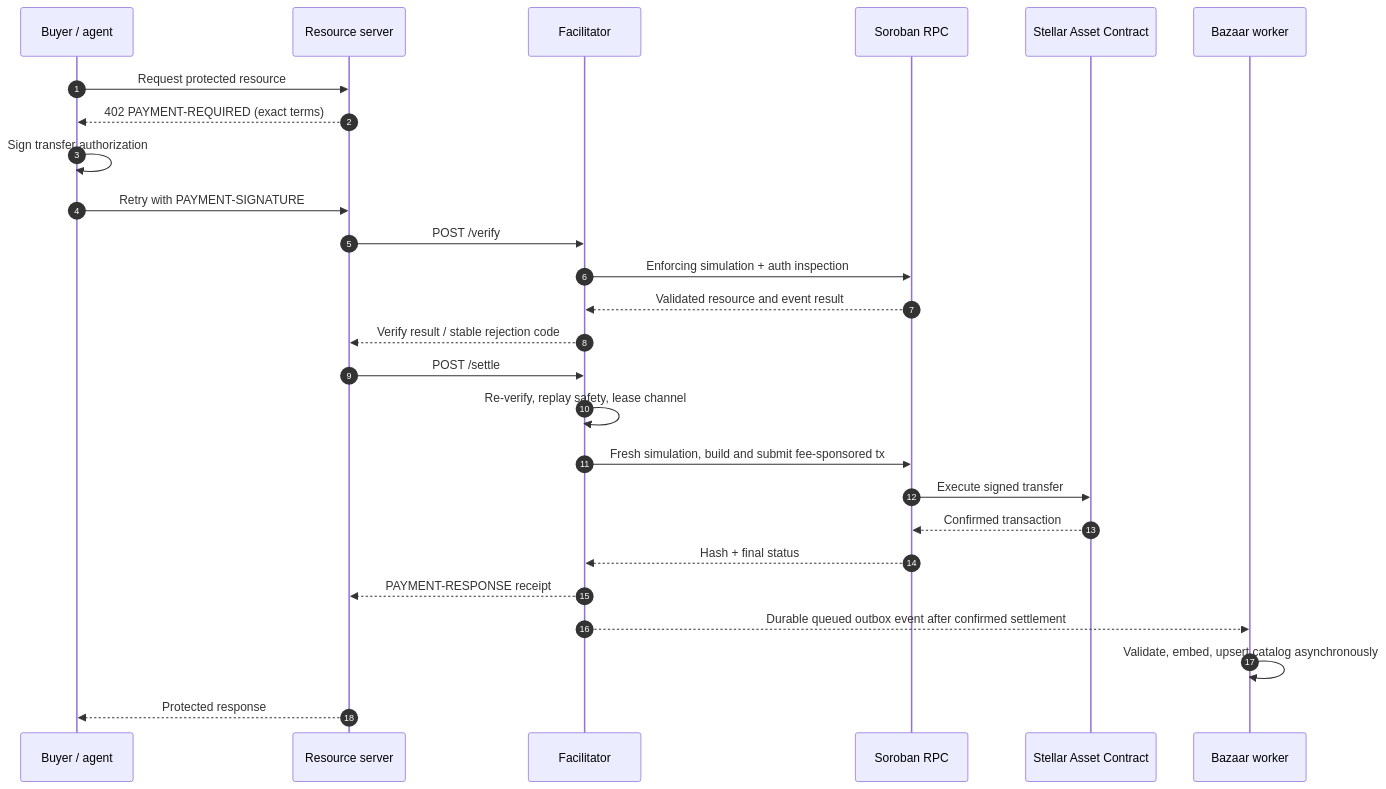
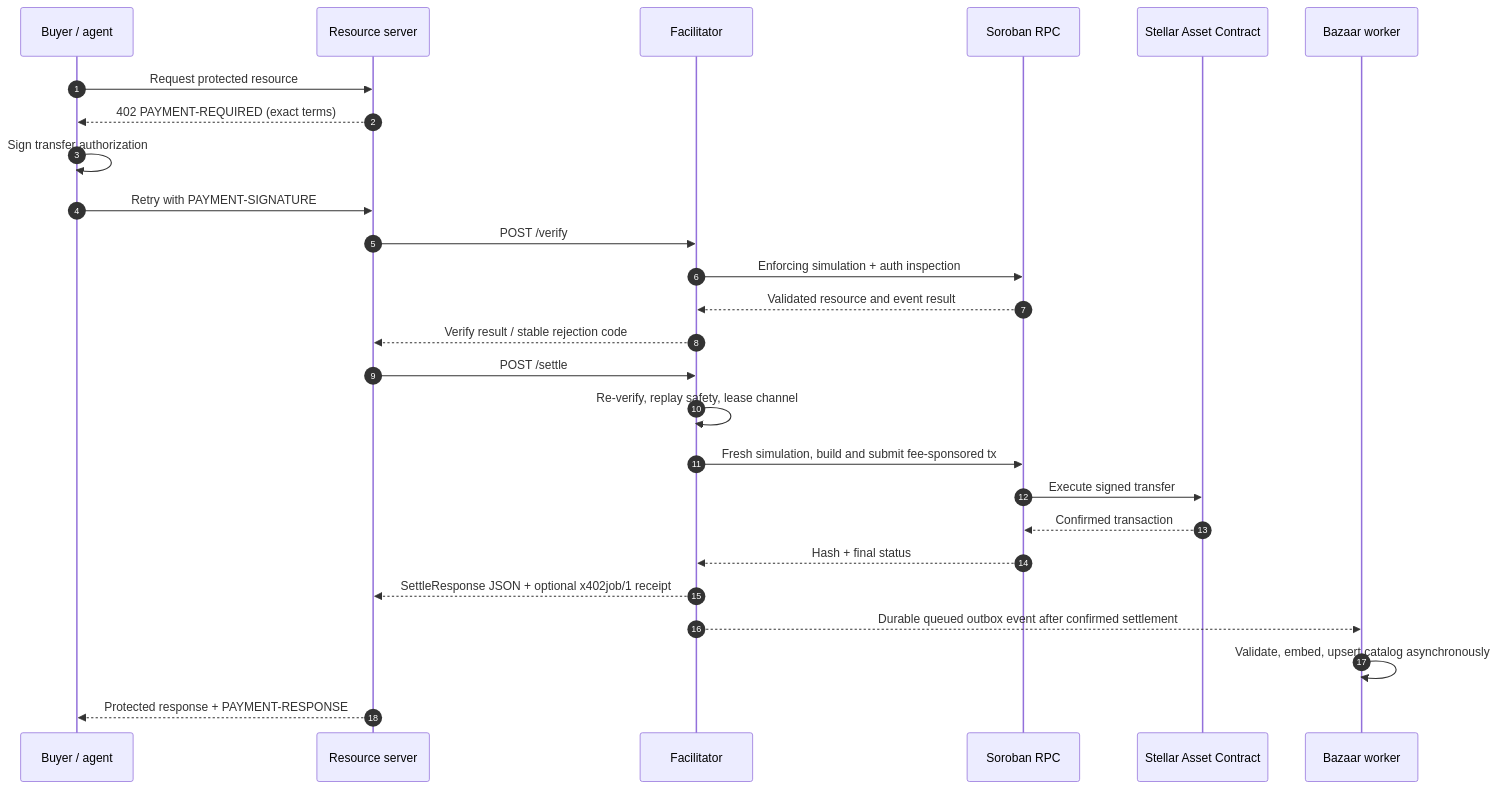
The second of 7 diagrams in docs/architecture.md (Veridex-Protocol/stellar-facilitator), drawn with Mermaid before and after one commit. The commit also changed other lines of this file and 44 other files, not shown here.

````diff
--- a/docs/architecture.md
+++ b/docs/architecture.md
@@ -225,29 +225,29 @@
 ```mermaid
 sequenceDiagram
     autonumber
     participant A as Buyer / agent
     participant R as Resource server
     participant F as Facilitator
     participant Q as Soroban RPC
     participant S as Stellar Asset Contract
     participant B as Bazaar worker
 
     A->>R: Request protected resource
     R-->>A: 402 PAYMENT-REQUIRED (exact terms)
     A->>A: Sign transfer authorization
     A->>R: Retry with PAYMENT-SIGNATURE
     R->>F: POST /verify
     F->>Q: Enforcing simulation + auth inspection
     Q-->>F: Validated resource and event result
     F-->>R: Verify result / stable rejection code
     R->>F: POST /settle
     F->>F: Re-verify, replay safety, lease channel
     F->>Q: Fresh simulation, build and submit fee-sponsored tx
     Q->>S: Execute signed transfer
     S-->>Q: Confirmed transaction
     Q-->>F: Hash + final status
-    F-->>R: PAYMENT-RESPONSE receipt
+    F-->>R: SettleResponse JSON + optional x402job/1 receipt
     F-->>B: Durable queued outbox event after confirmed settlement
     B->>B: Validate, embed, upsert catalog asynchronously
-    R-->>A: Protected response
+    R-->>A: Protected response + PAYMENT-RESPONSE
 ```
````
